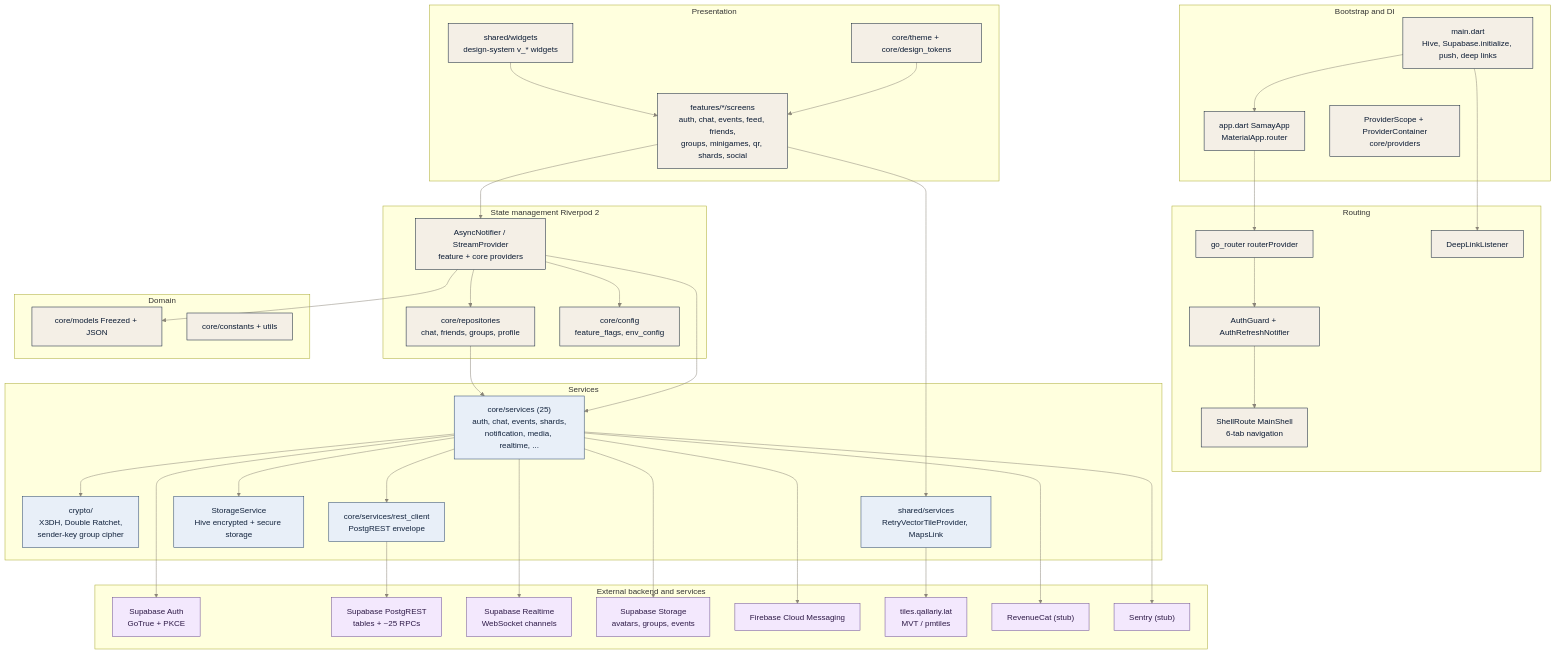
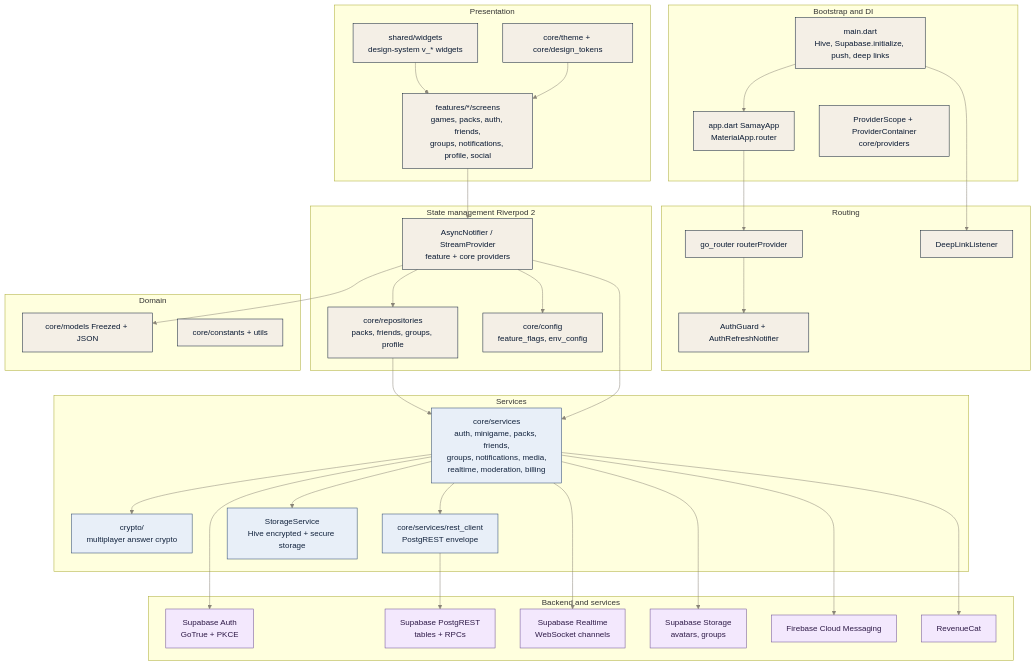
One commit to DaereanLegrand/samay-frontend changed the diagram in docs/diagrams/architecture.mmd. Above: the diagram before and after it, drawn with Mermaid. The commit also changed 25 other files, not shown here.

```diff
--- a/docs/diagrams/architecture.mmd
+++ b/docs/diagrams/architecture.mmd
@@ -1,79 +1,70 @@
 flowchart TB
     subgraph Presentation["Presentation"]
-        UI["features/*/screens<br/>auth, chat, events, feed, friends,<br/>groups, minigames, qr, shards, social"]
+        UI["features/*/screens<br/>games, packs, auth, friends,<br/>groups, notifications, profile, social"]
         WID["shared/widgets<br/>design-system v_* widgets"]
         THEME["core/theme + core/design_tokens"]
     end
     subgraph Bootstrap["Bootstrap and DI"]
         MAIN["main.dart<br/>Hive, Supabase.initialize, push, deep links"]
         APP["app.dart SamayApp<br/>MaterialApp.router"]
         DI["ProviderScope + ProviderContainer<br/>core/providers"]
     end
     subgraph Routing["Routing"]
         ROUTER["go_router routerProvider"]
         GUARD["AuthGuard + AuthRefreshNotifier"]
-        SHELL["ShellRoute MainShell<br/>6-tab navigation"]
         DEEP["DeepLinkListener"]
     end
     subgraph State["State management Riverpod 2"]
         PROVIDERS["AsyncNotifier / StreamProvider<br/>feature + core providers"]
-        REPO["core/repositories<br/>chat, friends, groups, profile"]
+        REPO["core/repositories<br/>packs, friends, groups, profile"]
         FLAGS["core/config<br/>feature_flags, env_config"]
     end
     subgraph Domain["Domain"]
         MODELS["core/models Freezed + JSON"]
         CONST["core/constants + utils"]
     end
     subgraph Services["Services"]
-        SVC["core/services (25)<br/>auth, chat, events, shards,<br/>notification, media, realtime, ..."]
-        CRYPTO["crypto/<br/>X3DH, Double Ratchet,<br/>sender-key group cipher"]
+        SVC["core/services<br/>auth, minigame, packs, friends,<br/>groups, notifications, media,<br/>realtime, moderation, billing"]
+        CRYPTO["crypto/<br/>multiplayer answer crypto"]
         REST["core/services/rest_client<br/>PostgREST envelope"]
         STORE["StorageService<br/>Hive encrypted + secure storage"]
-        TILESVC["shared/services<br/>RetryVectorTileProvider, MapsLink"]
     end
-    subgraph External["External backend and services"]
+    subgraph External["Backend and services"]
         SUPAAUTH["Supabase Auth<br/>GoTrue + PKCE"]
-        SUPADB["Supabase PostgREST<br/>tables + ~25 RPCs"]
+        SUPADB["Supabase PostgREST<br/>tables + RPCs"]
         SUPART["Supabase Realtime<br/>WebSocket channels"]
-        SUPAS3["Supabase Storage<br/>avatars, groups, events"]
+        SUPAS3["Supabase Storage<br/>avatars, groups"]
         FCM["Firebase Cloud Messaging"]
-        TILECDN["tiles.qallariy.lat<br/>MVT / pmtiles"]
-        RC["RevenueCat (stub)"]
-        SENTRY["Sentry (stub)"]
+        RC["RevenueCat"]
     end
     MAIN --> APP
     APP --> ROUTER
     ROUTER --> GUARD
-    GUARD --> SHELL
     MAIN --> DEEP
     UI --> PROVIDERS
     WID --> UI
     THEME --> UI
     PROVIDERS --> REPO
     REPO --> SVC
     PROVIDERS --> SVC
     PROVIDERS --> MODELS
     PROVIDERS --> FLAGS
     SVC --> REST
     REST --> SUPADB
     SVC --> SUPAAUTH
     SVC --> SUPART
     SVC --> SUPAS3
     SVC --> CRYPTO
     SVC --> STORE
-    UI --> TILESVC
-    TILESVC --> TILECDN
     SVC --> FCM
     SVC --> RC
-    SVC --> SENTRY
 
   classDef app fill:#F4EFE6,stroke:#0A1A33,color:#0A1A33,stroke-width:1px;
   classDef gw fill:#FBF3D9,stroke:#C9A84C,color:#5A4300,stroke-width:1px;
   classDef svc fill:#E8EFF8,stroke:#24406B,color:#12233D,stroke-width:1px;
   classDef data fill:#E6F4EA,stroke:#1E7A46,color:#0B3D22,stroke-width:1px;
   classDef ext fill:#F3E8FD,stroke:#6A4C93,color:#2E1A47,stroke-width:1px;
-  classDef infra fill:#FCE8E6,stroke:#B23A2E,color:#4A120D,stroke-width:1px;
   linkStyle default stroke:#8A8578,stroke-width:1px;
-  class UI,WID,THEME,MAIN,APP,DI,ROUTER,GUARD,SHELL,DEEP,PROVIDERS,REPO,FLAGS,MODELS,CONST app;
-  class SVC,CRYPTO,REST,STORE,TILESVC svc;
-  class SUPAAUTH,SUPADB,SUPART,SUPAS3,FCM,TILECDN,RC,SENTRY ext;
+  class UI,WID,THEME,MAIN,APP,DI,ROUTER,GUARD,DEEP,PROVIDERS,REPO,FLAGS,MODELS,CONST app;
+  class SVC,CRYPTO,REST,STORE svc;
+  class SUPAAUTH,SUPADB,SUPART,SUPAS3,FCM,RC ext;
```
